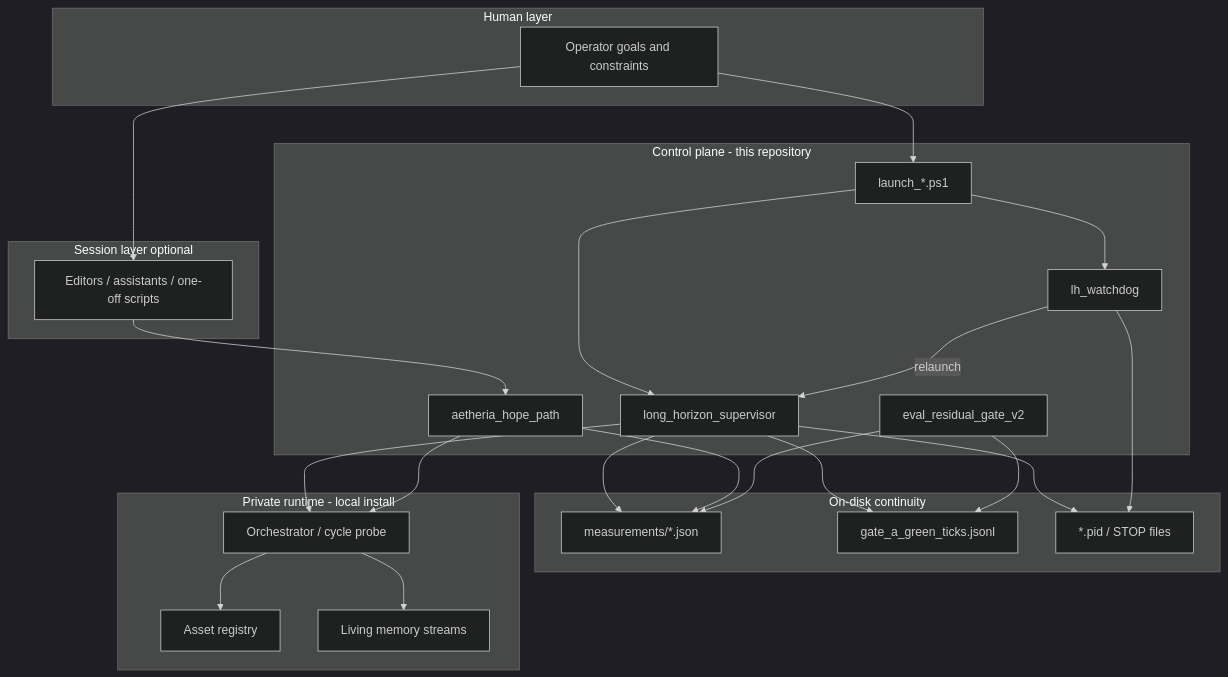
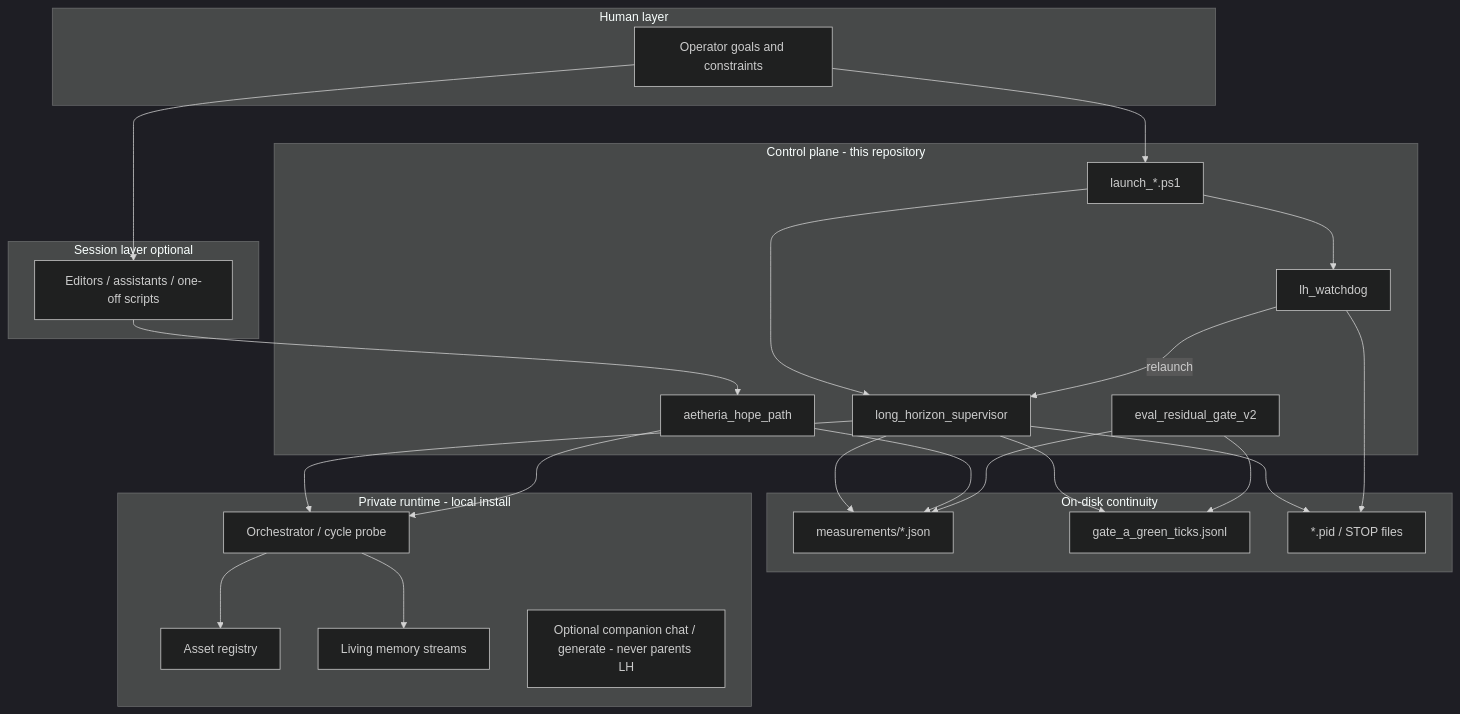
One commit to denisrigsby/Aetheria-sovereign-agent changed the diagram in docs/ARCHITECTURE.md. Above: the diagram before and after it, drawn with Mermaid (dark theme). The commit also changed other lines of this file and 11 other files, not shown here.

````diff
--- a/docs/ARCHITECTURE.md
+++ b/docs/ARCHITECTURE.md
@@ -9,44 +9,45 @@
 ```mermaid
 flowchart TB
   subgraph human [Human layer]
     OP[Operator goals and constraints]
   end
   subgraph session [Session layer optional]
     TOOLS[Editors / assistants / one-off scripts]
   end
   subgraph control [Control plane - this repository]
     SUP[long_horizon_supervisor]
     WD[lh_watchdog]
     HOPE[aetheria_hope_path]
     LAUNCH[launch_*.ps1]
     GATE[eval_residual_gate_v2]
   end
   subgraph disk [On-disk continuity]
     MEAS[measurements/*.json]
     GLOG[gate_a_green_ticks.jsonl]
     PID[*.pid / STOP files]
   end
   subgraph private [Private runtime - local install]
     ORCH[Orchestrator / cycle probe]
     REG[Asset registry]
     LIV[Living memory streams]
+    COMP[Optional companion chat / generate - never parents LH]
   end
 
   OP --> TOOLS
   OP --> LAUNCH
   TOOLS --> HOPE
   LAUNCH --> SUP
   LAUNCH --> WD
   WD -->|relaunch| SUP
   SUP --> MEAS
   SUP --> GLOG
   SUP --> ORCH
   HOPE --> MEAS
   HOPE --> ORCH
   GATE --> MEAS
   GATE --> GLOG
   ORCH --> REG
   ORCH --> LIV
   SUP --> PID
   WD --> PID
 ```
````
